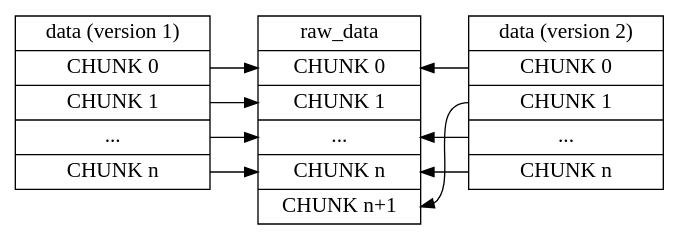
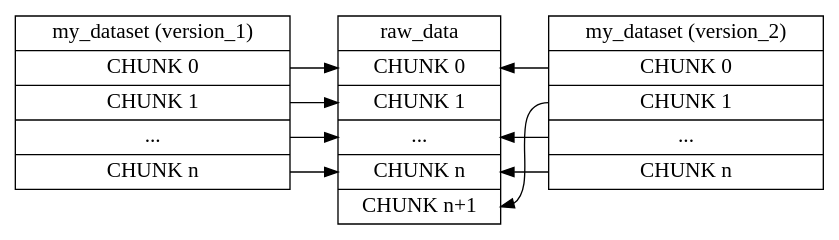
The second of 2 diagrams in docs/design.md (deshaw/versioned-hdf5), drawn with Graphviz before and after one commit. The commit also changed other lines of this file, not shown here.

````diff
--- a/docs/design.md
+++ b/docs/design.md
@@ -77,32 +80,32 @@
 ```{graphviz}
 digraph g {
 graph [
 rankdir = "LR"
 ];
 node [
 fontsize = "16"
 ];
 edge [
 ];
-"dataset (version 1)" [
-label = "data (version 1)|<f0>CHUNK 0|<f1>CHUNK 1|<fdot>...|<fn>CHUNK n"
+"dataset (version_1)" [
+label = "my_dataset (version_1)|<f0>CHUNK 0|<f1>CHUNK 1|<fdot>...|<fn>CHUNK n"
 shape = "record"
 ];
-"dataset (version 2)" [
-label = "data (version 2)|<f0>CHUNK 0|<f1>CHUNK 1|<fdot>...|<fn>CHUNK n"
+"dataset (version_2)" [
+label = "my_dataset (version_2)|<f0>CHUNK 0|<f1>CHUNK 1|<fdot>...|<fn>CHUNK n"
 shape = "record"
 ];
 "raw_data" [
 label = "raw_data|<f0>CHUNK 0|<f1>CHUNK 1|<fdot>...|<fn>CHUNK n|<fn1>CHUNK n+1"
 shape = "record"
 ];
-"dataset (version 1)":f0 -> "raw_data":f0 [];
-"dataset (version 1)":f1 -> "raw_data":f1 [];
-"dataset (version 1)":fdot -> "raw_data":fdot [];
-"dataset (version 1)":fn -> "raw_data":fn [];
-"raw_data":f0 -> "dataset (version 2)":f0 [dir=back];
-"dataset (version 2)":fdot -> "raw_data":fdot [];
-"dataset (version 2)":f1 -> "raw_data":fn1 [];
-"dataset (version 2)":fn -> "raw_data":fn [];
+"dataset (version_1)":f0 -> "raw_data":f0 [];
+"dataset (version_1)":f1 -> "raw_data":f1 [];
+"dataset (version_1)":fdot -> "raw_data":fdot [];
+"dataset (version_1)":fn -> "raw_data":fn [];
+"raw_data":f0 -> "dataset (version_2)":f0 [dir=back];
+"dataset (version_2)":fdot -> "raw_data":fdot [];
+"dataset (version_2)":f1 -> "raw_data":fn1 [];
+"dataset (version_2)":fn -> "raw_data":fn [];
 }
 ```
````
